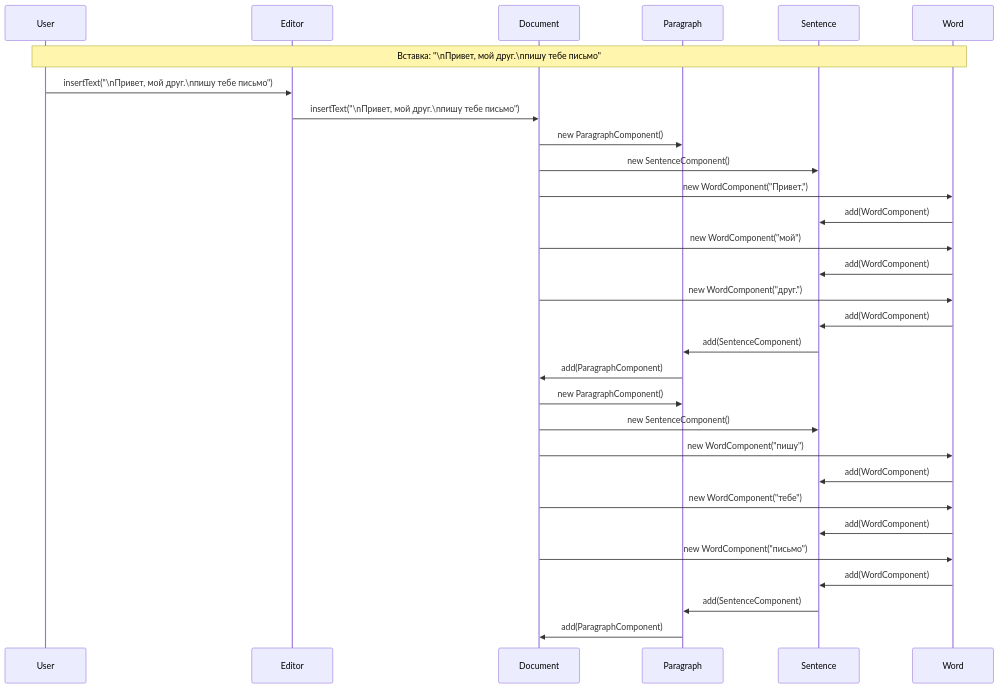
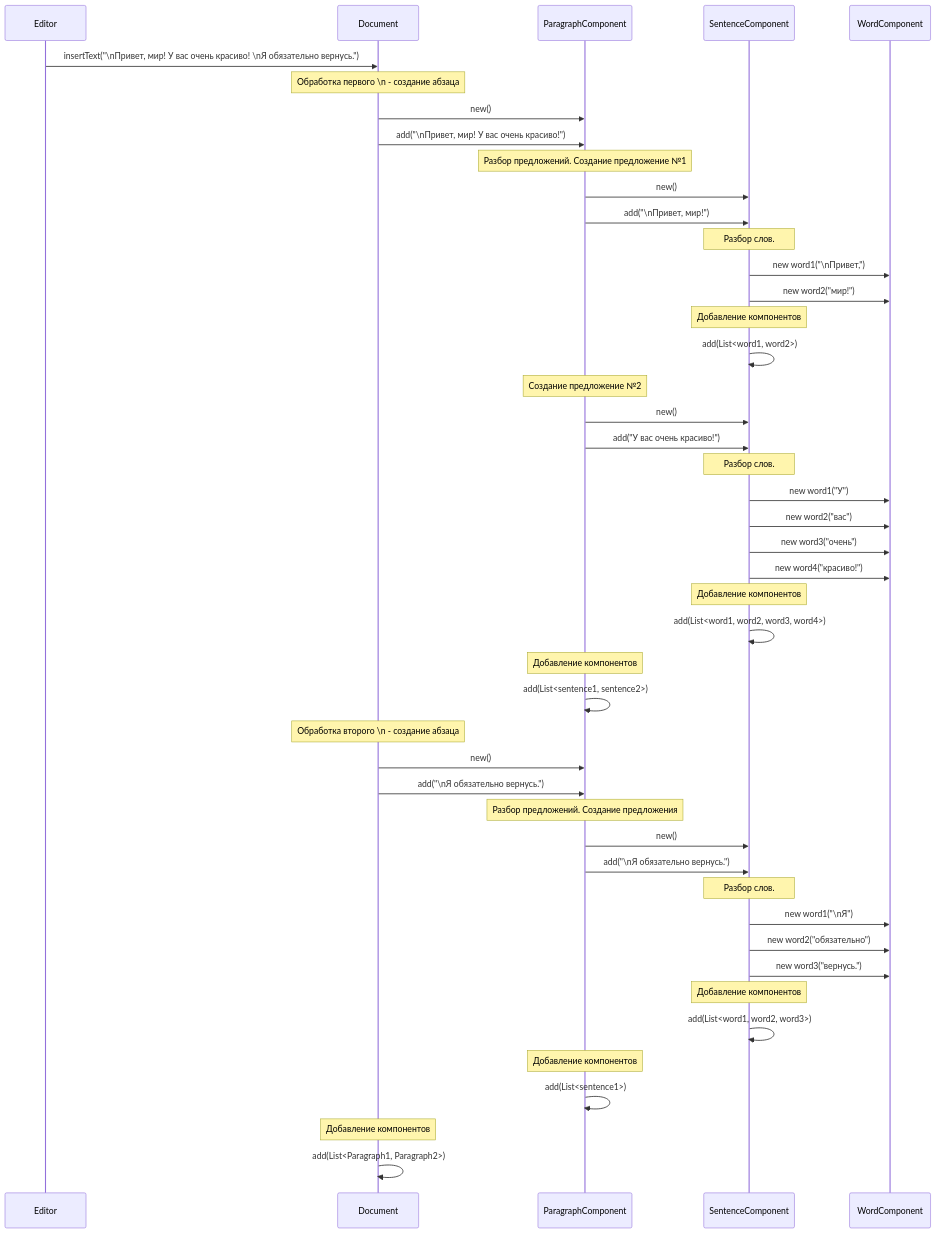
One commit to penamarth/bsbo-16-23_team5_var11_textedit changed the diagram in Документация/Преценденты/Редактирование текста/Диаграмма последовательностей.md. Above: the diagram before and after it, drawn with Mermaid.

Commit message:
Update Диаграмма последовательностей.md
Реализована правильная логика в диаграмме последовательностей для редактирования текста

````diff
--- a/Документация/Преценденты/Редактирование текста/Диаграмма последовательностей.md
+++ b/Документация/Преценденты/Редактирование текста/Диаграмма последовательностей.md
@@ -3,36 +3,64 @@
 ```mermaid
 sequenceDiagram
-    participant User
     participant Editor
     participant Document
-    participant Paragraph
-    participant Sentence
-    participant Word
+    participant ParagraphComponent
+    participant SentenceComponent
+    participant WordComponent
 
-    Note over User,Word: Вставка: "\nПривет, мой друг.\nпишу тебе письмо"
-    User->>Editor: insertText("\nПривет, мой друг.\nпишу тебе письмо")
-    Editor->>Document: insertText("\nПривет, мой друг.\nпишу тебе письмо")
+    Editor->>Document: insertText("\nПривет, мир! У вас очень красиво! \nЯ обязательно вернусь.")
     
-    Document->>Paragraph: new ParagraphComponent()
-    Document->>Sentence: new SentenceComponent()
-    Document->>Word: new WordComponent("Привет,")
-    Word->>Sentence: add(WordComponent)
-    Document->>Word: new WordComponent("мой")
-    Word->>Sentence: add(WordComponent)
-    Document->>Word: new WordComponent("друг.")
-    Word->>Sentence: add(WordComponent)
-    Sentence->>Paragraph: add(SentenceComponent)
-    Paragraph->>Document: add(ParagraphComponent)
     
-    Document->>Paragraph: new ParagraphComponent()
-    Document->>Sentence: new SentenceComponent()
-    Document->>Word: new WordComponent("пишу")
-    Word->>Sentence: add(WordComponent)
-    Document->>Word: new WordComponent("тебе")
-    Word->>Sentence: add(WordComponent)
-    Document->>Word: new WordComponent("письмо")
-    Word->>Sentence: add(WordComponent)
-    Sentence->>Paragraph: add(SentenceComponent)
-    Paragraph->>Document: add(ParagraphComponent)
+    Note over Document: Обработка первого \n - создание абзаца
+    Document->>ParagraphComponent: new()
+    Document->>ParagraphComponent: add("\nПривет, мир! У вас очень красиво!")
+    
+    Note over ParagraphComponent: Разбор предложений. Создание предложение №1
+    ParagraphComponent->>SentenceComponent: new()
+    ParagraphComponent->>SentenceComponent:add("\nПривет, мир!")
+    
+    Note over SentenceComponent: Разбор слов.
+    SentenceComponent->>WordComponent: new word1("\nПривет,")
+    SentenceComponent->>WordComponent: new word2("мир!")
 
+    Note over SentenceComponent: Добавление компонентов
+    SentenceComponent->>SentenceComponent: add(List<word1, word2>)
+
+    Note over ParagraphComponent: Создание предложение №2
+    ParagraphComponent->>SentenceComponent: new()
+    ParagraphComponent->>SentenceComponent:add("У вас очень красиво!")
+    
+    Note over SentenceComponent: Разбор слов.
+    SentenceComponent->>WordComponent: new word1("У")
+    SentenceComponent->>WordComponent: new word2("вас")
+    SentenceComponent->>WordComponent: new word3("очень")
+    SentenceComponent->>WordComponent: new word4("красиво!")
+
+    Note over SentenceComponent: Добавление компонентов
+    SentenceComponent->>SentenceComponent: add(List<word1, word2, word3, word4>)
+
+    Note over ParagraphComponent: Добавление компонентов
+    ParagraphComponent->>ParagraphComponent: add(List<sentence1, sentence2>)
+
+    Note over Document: Обработка второго \n - создание абзаца
+    Document->>ParagraphComponent: new()
+    Document->>ParagraphComponent: add("\nЯ обязательно вернусь.")
+    
+    Note over ParagraphComponent: Разбор предложений. Создание предложения
+    ParagraphComponent->>SentenceComponent: new()
+    ParagraphComponent->>SentenceComponent:add("\nЯ обязательно вернусь.")
+    
+    Note over SentenceComponent: Разбор слов.
+    SentenceComponent->>WordComponent: new word1("\nЯ")
+    SentenceComponent->>WordComponent: new word2("обязательно")
+    SentenceComponent->>WordComponent: new word3("вернусь.")
+
+    Note over SentenceComponent: Добавление компонентов
+    SentenceComponent->>SentenceComponent: add(List<word1, word2, word3>)
+
+    Note over ParagraphComponent: Добавление компонентов
+    ParagraphComponent->>ParagraphComponent: add(List<sentence1>)
+
+    Note over Document: Добавление компонентов
+    Document->>Document: add(List<Paragraph1, Paragraph2>)
 ```
````
